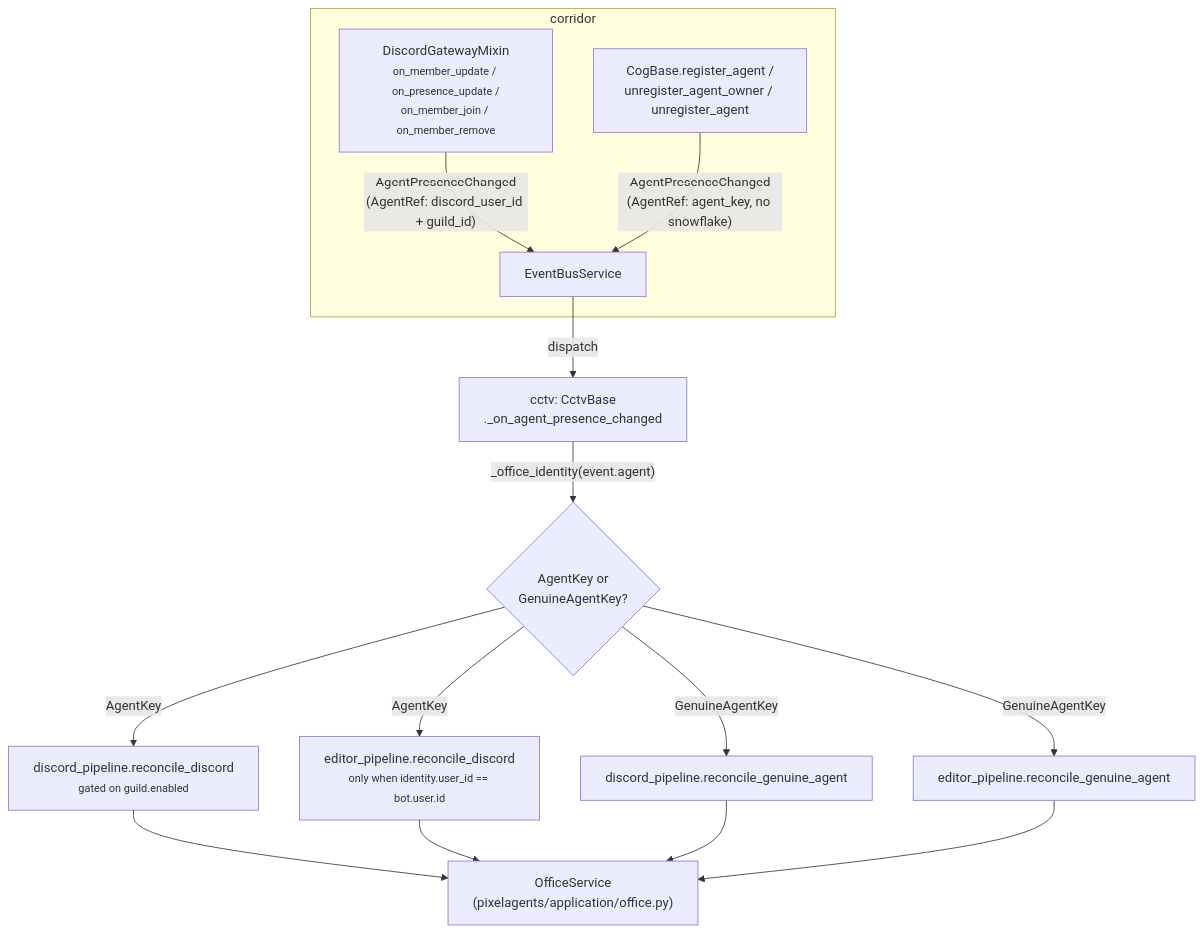
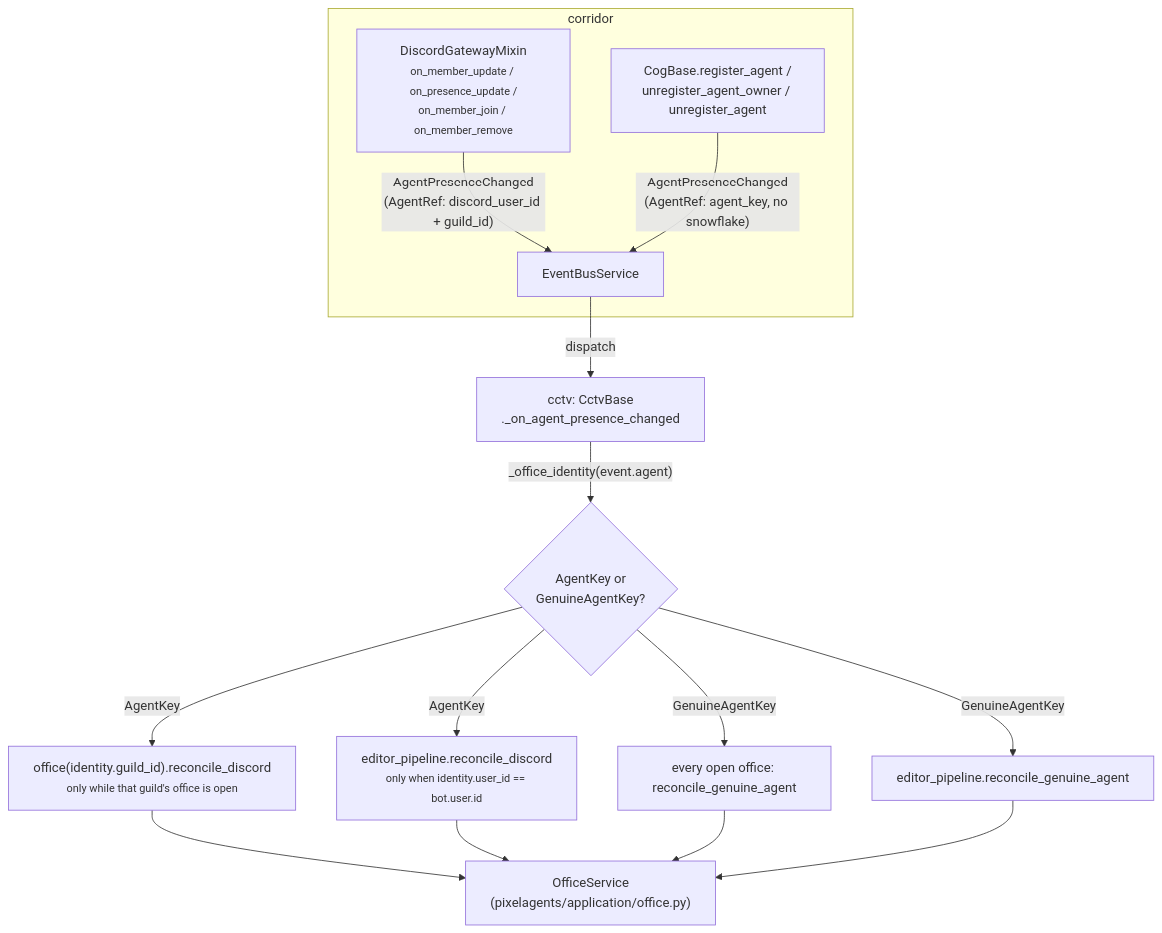
One commit to pixel-agents-hq/pixel-agents-cogs changed the first of 4 diagrams in docs/office-agent-identity-design.md. Above: the diagram before and after it, drawn with Mermaid. The commit also changed other lines of this file and 74 other files, not shown here.

First line of the commit message:
feat(cctv,corridor,pixelagents,floorplan): one Pixel Agents office per Discord server (#107)

````diff
--- a/docs/office-agent-identity-design.md
+++ b/docs/office-agent-identity-design.md
@@ -59,24 +59,24 @@
 ```mermaid
 flowchart TB
     subgraph Corridor["corridor"]
         GW["DiscordGatewayMixin<br/><small>on_member_update / on_presence_update /<br/>on_member_join / on_member_remove</small>"]
         RA["CogBase.register_agent /<br/>unregister_agent_owner / unregister_agent"]
         Bus["EventBusService"]
     end
 
     GW -- "AgentPresenceChanged<br/>(AgentRef: discord_user_id + guild_id)" --> Bus
     RA -- "AgentPresenceChanged<br/>(AgentRef: agent_key, no snowflake)" --> Bus
 
     Bus -- dispatch --> Sub["cctv: CctvBase<br/>._on_agent_presence_changed"]
     Sub -- "_office_identity(event.agent)" --> Branch{"AgentKey or<br/>GenuineAgentKey?"}
 
-    Branch -- AgentKey --> Disc["discord_pipeline.reconcile_discord<br/><small>gated on guild.enabled</small>"]
+    Branch -- AgentKey --> Disc["office(identity.guild_id).reconcile_discord<br/><small>only while that guild's office is open</small>"]
     Branch -- AgentKey --> Edit1["editor_pipeline.reconcile_discord<br/><small>only when identity.user_id == bot.user.id</small>"]
-    Branch -- GenuineAgentKey --> Disc2["discord_pipeline.reconcile_genuine_agent"]
+    Branch -- GenuineAgentKey --> Disc2["every open office: reconcile_genuine_agent"]
     Branch -- GenuineAgentKey --> Edit2["editor_pipeline.reconcile_genuine_agent"]
 
     Disc --> OS["OfficeService<br/>(pixelagents/application/office.py)"]
     Edit1 --> OS
     Disc2 --> OS
     Edit2 --> OS
 ```
````
